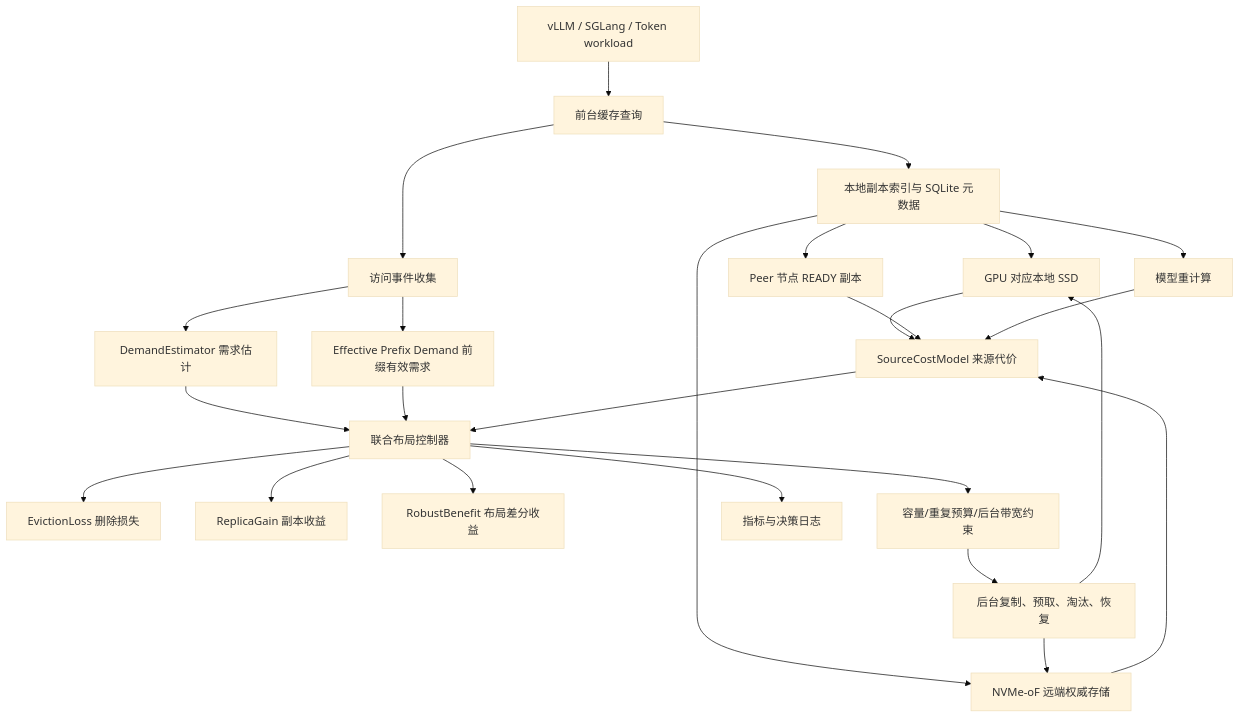
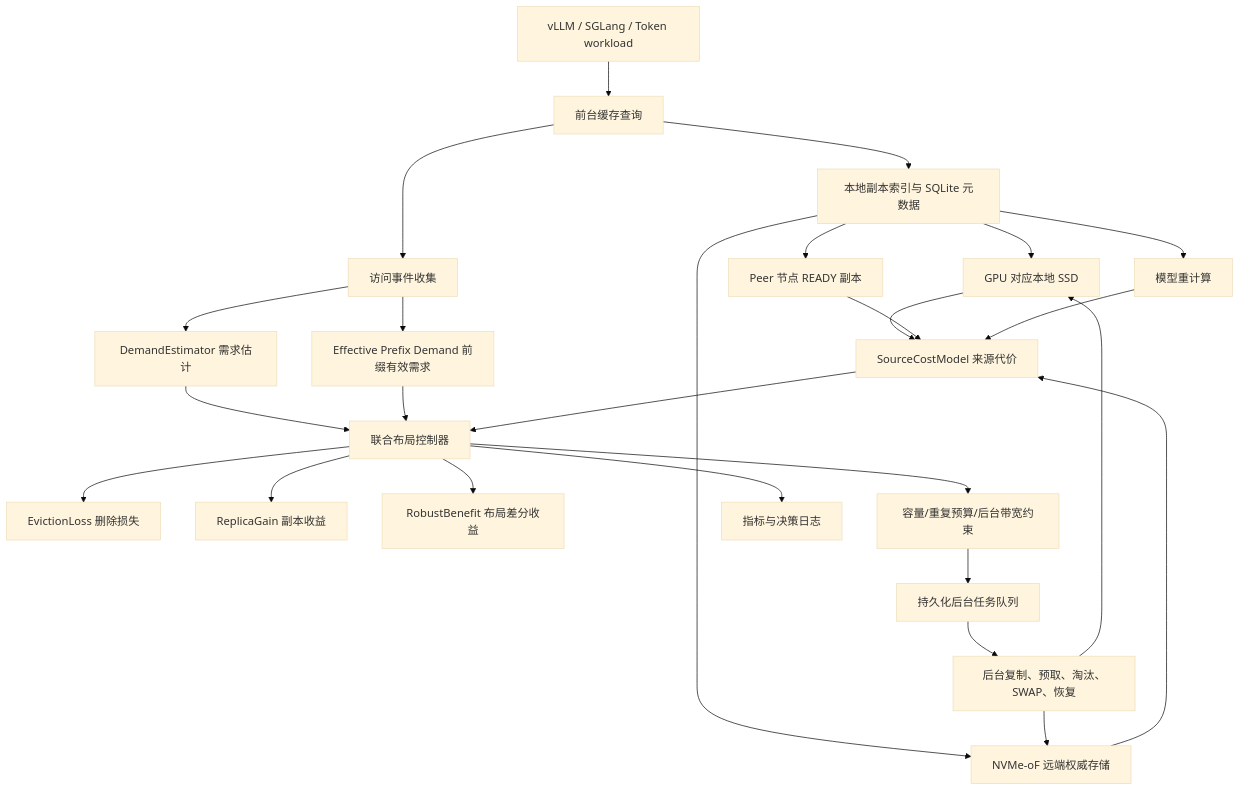
One commit to yxtmfz/tokenfs changed the diagram in README.md. Above: the diagram before and after it, drawn with Mermaid (base theme). The commit also changed other lines of this file and 16 other files, not shown here.

````diff
--- a/README.md
+++ b/README.md
@@ -29,28 +29,29 @@
 ```mermaid
 flowchart TD
     App["vLLM / SGLang / Token workload"] --> FG["前台缓存查询"]
     FG --> Index["本地副本索引与 SQLite 元数据"]
     Index --> Local["GPU 对应本地 SSD"]
     Index --> Peer["Peer 节点 READY 副本"]
     Index --> Remote["NVMe-oF 远端权威存储"]
     Index --> Recompute["模型重计算"]
 
     FG --> Events["访问事件收集"]
     Events --> Demand["DemandEstimator 需求估计"]
     Events --> Prefix["Effective Prefix Demand 前缀有效需求"]
     Local --> Cost["SourceCostModel 来源代价"]
     Peer --> Cost
     Remote --> Cost
     Recompute --> Cost
     Demand --> Controller["联合布局控制器"]
     Prefix --> Controller
     Cost --> Controller
     Controller --> Loss["EvictionLoss 删除损失"]
     Controller --> Gain["ReplicaGain 副本收益"]
     Controller --> Robust["RobustBenefit 布局差分收益"]
     Controller --> Budget["容量/重复预算/后台带宽约束"]
-    Budget --> Exec["后台复制、预取、淘汰、恢复"]
+    Budget --> Queue["持久化后台任务队列"]
+    Queue --> Exec["后台复制、预取、淘汰、SWAP、恢复"]
     Exec --> Local
     Exec --> Remote
     Controller --> Log["指标与决策日志"]
 ```
````
